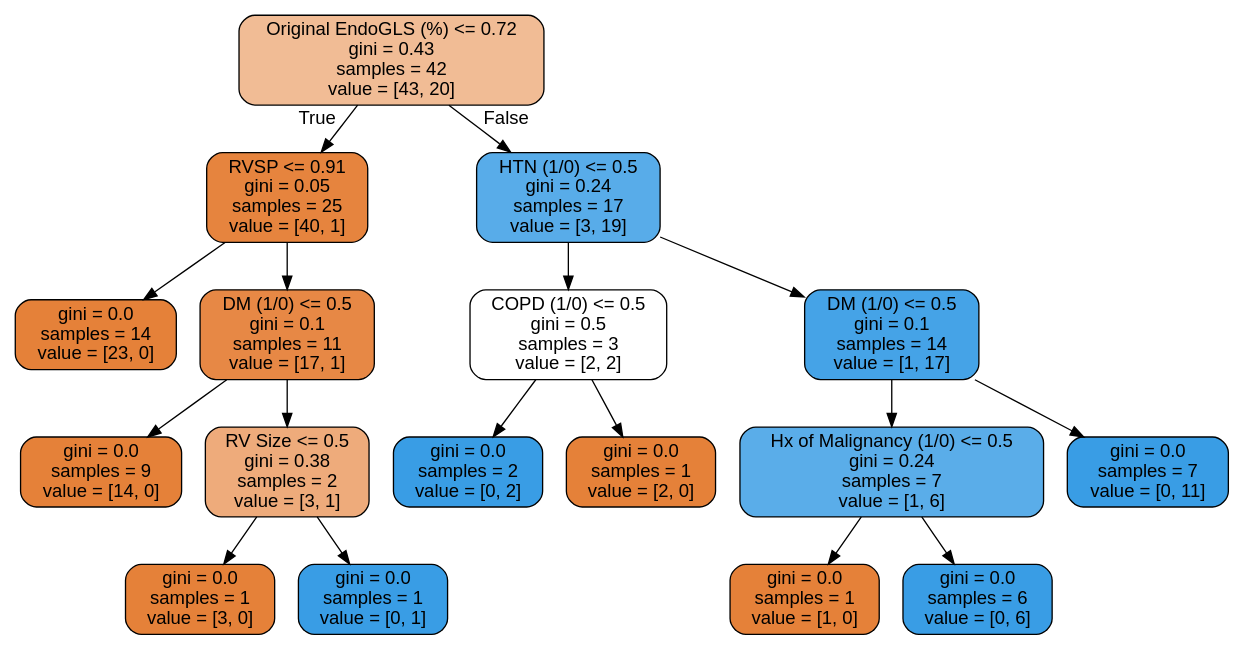
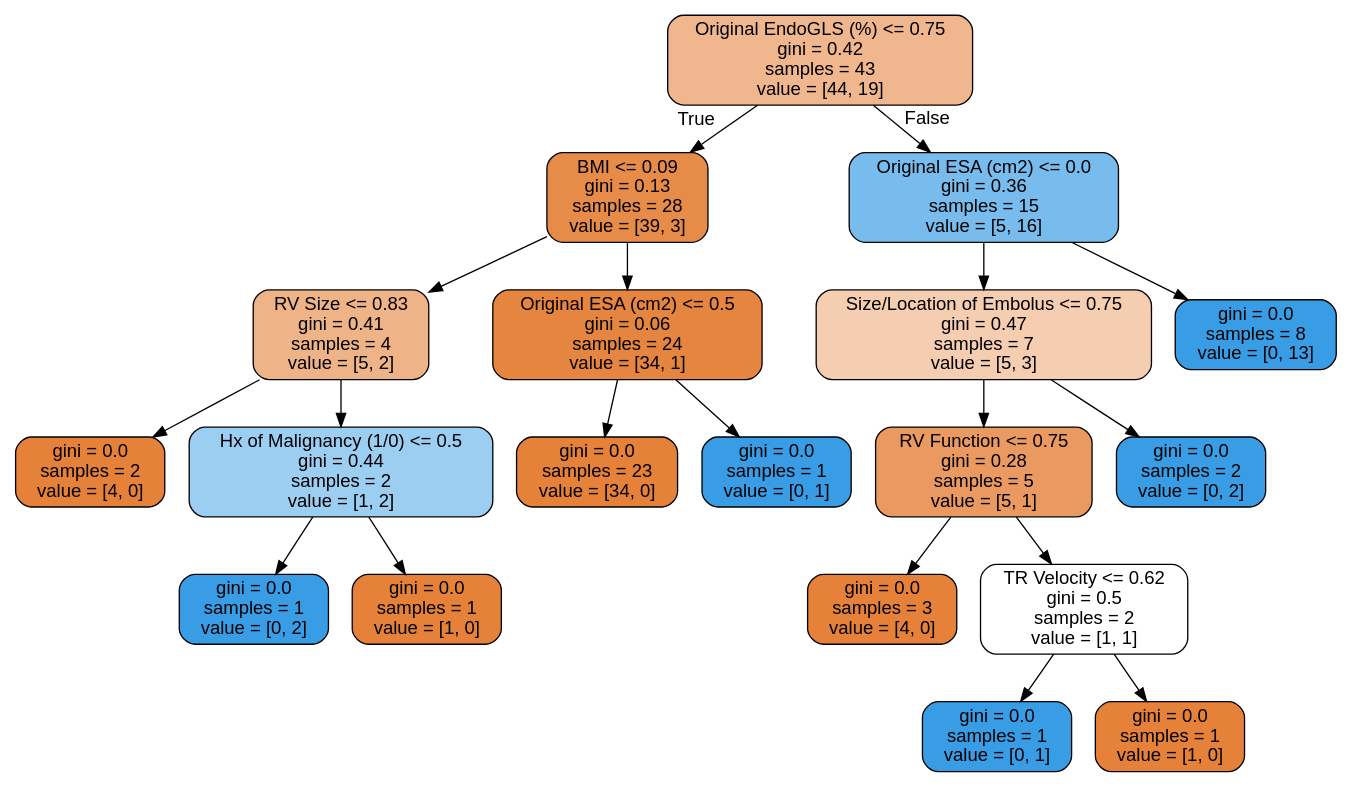
The diagram in tree.dot (nitro41992/strain-analysis-pe-immortality), drawn with Graphviz before and after one commit. The commit also changed 3 other files, not shown here.

```diff
--- a/tree.dot
+++ b/tree.dot
@@ -1,37 +1,41 @@
 digraph Tree {
 node [shape=box, style="filled, rounded", color="black", fontname=helvetica] ;
 edge [fontname=helvetica] ;
-0 [label="Original EndoGLS (%) <= 0.72\ngini = 0.43\nsamples = 42\nvalue = [43, 20]", fillcolor="#f1bc95"] ;
-1 [label="RVSP <= 0.91\ngini = 0.05\nsamples = 25\nvalue = [40, 1]", fillcolor="#e6843e"] ;
+0 [label="Original EndoGLS (%) <= 0.75\ngini = 0.42\nsamples = 43\nvalue = [44, 19]", fillcolor="#f0b78e"] ;
+1 [label="BMI <= 0.09\ngini = 0.13\nsamples = 28\nvalue = [39, 3]", fillcolor="#e78b48"] ;
 0 -> 1 [labeldistance=2.5, labelangle=45, headlabel="True"] ;
-2 [label="gini = 0.0\nsamples = 14\nvalue = [23, 0]", fillcolor="#e58139"] ;
+2 [label="RV Size <= 0.83\ngini = 0.41\nsamples = 4\nvalue = [5, 2]", fillcolor="#efb388"] ;
 1 -> 2 ;
-3 [label="DM (1/0) <= 0.5\ngini = 0.1\nsamples = 11\nvalue = [17, 1]", fillcolor="#e78845"] ;
-1 -> 3 ;
-4 [label="gini = 0.0\nsamples = 9\nvalue = [14, 0]", fillcolor="#e58139"] ;
-3 -> 4 ;
-5 [label="RV Size <= 0.5\ngini = 0.38\nsamples = 2\nvalue = [3, 1]", fillcolor="#eeab7b"] ;
-3 -> 5 ;
-6 [label="gini = 0.0\nsamples = 1\nvalue = [3, 0]", fillcolor="#e58139"] ;
-5 -> 6 ;
-7 [label="gini = 0.0\nsamples = 1\nvalue = [0, 1]", fillcolor="#399de5"] ;
-5 -> 7 ;
-8 [label="HTN (1/0) <= 0.5\ngini = 0.24\nsamples = 17\nvalue = [3, 19]", fillcolor="#58ace9"] ;
-0 -> 8 [labeldistance=2.5, labelangle=-45, headlabel="False"] ;
-9 [label="COPD (1/0) <= 0.5\ngini = 0.5\nsamples = 3\nvalue = [2, 2]", fillcolor="#ffffff"] ;
-8 -> 9 ;
-10 [label="gini = 0.0\nsamples = 2\nvalue = [0, 2]", fillcolor="#399de5"] ;
-9 -> 10 ;
-11 [label="gini = 0.0\nsamples = 1\nvalue = [2, 0]", fillcolor="#e58139"] ;
-9 -> 11 ;
-12 [label="DM (1/0) <= 0.5\ngini = 0.1\nsamples = 14\nvalue = [1, 17]", fillcolor="#45a3e7"] ;
-8 -> 12 ;
-13 [label="Hx of Malignancy (1/0) <= 0.5\ngini = 0.24\nsamples = 7\nvalue = [1, 6]", fillcolor="#5aade9"] ;
+3 [label="gini = 0.0\nsamples = 2\nvalue = [4, 0]", fillcolor="#e58139"] ;
+2 -> 3 ;
+4 [label="Hx of Malignancy (1/0) <= 0.5\ngini = 0.44\nsamples = 2\nvalue = [1, 2]", fillcolor="#9ccef2"] ;
+2 -> 4 ;
+5 [label="gini = 0.0\nsamples = 1\nvalue = [0, 2]", fillcolor="#399de5"] ;
+4 -> 5 ;
+6 [label="gini = 0.0\nsamples = 1\nvalue = [1, 0]", fillcolor="#e58139"] ;
+4 -> 6 ;
+7 [label="Original ESA (cm2) <= 0.5\ngini = 0.06\nsamples = 24\nvalue = [34, 1]", fillcolor="#e6853f"] ;
+1 -> 7 ;
+8 [label="gini = 0.0\nsamples = 23\nvalue = [34, 0]", fillcolor="#e58139"] ;
+7 -> 8 ;
+9 [label="gini = 0.0\nsamples = 1\nvalue = [0, 1]", fillcolor="#399de5"] ;
+7 -> 9 ;
+10 [label="Original ESA (cm2) <= 0.0\ngini = 0.36\nsamples = 15\nvalue = [5, 16]", fillcolor="#77bced"] ;
+0 -> 10 [labeldistance=2.5, labelangle=-45, headlabel="False"] ;
+11 [label="Size/Location of Embolus <= 0.75\ngini = 0.47\nsamples = 7\nvalue = [5, 3]", fillcolor="#f5cdb0"] ;
+10 -> 11 ;
+12 [label="RV Function <= 0.75\ngini = 0.28\nsamples = 5\nvalue = [5, 1]", fillcolor="#ea9a61"] ;
+11 -> 12 ;
+13 [label="gini = 0.0\nsamples = 3\nvalue = [4, 0]", fillcolor="#e58139"] ;
 12 -> 13 ;
-14 [label="gini = 0.0\nsamples = 1\nvalue = [1, 0]", fillcolor="#e58139"] ;
-13 -> 14 ;
-15 [label="gini = 0.0\nsamples = 6\nvalue = [0, 6]", fillcolor="#399de5"] ;
-13 -> 15 ;
-16 [label="gini = 0.0\nsamples = 7\nvalue = [0, 11]", fillcolor="#399de5"] ;
-12 -> 16 ;
+14 [label="TR Velocity <= 0.62\ngini = 0.5\nsamples = 2\nvalue = [1, 1]", fillcolor="#ffffff"] ;
+12 -> 14 ;
+15 [label="gini = 0.0\nsamples = 1\nvalue = [0, 1]", fillcolor="#399de5"] ;
+14 -> 15 ;
+16 [label="gini = 0.0\nsamples = 1\nvalue = [1, 0]", fillcolor="#e58139"] ;
+14 -> 16 ;
+17 [label="gini = 0.0\nsamples = 2\nvalue = [0, 2]", fillcolor="#399de5"] ;
+11 -> 17 ;
+18 [label="gini = 0.0\nsamples = 8\nvalue = [0, 13]", fillcolor="#399de5"] ;
+10 -> 18 ;
 }
```
